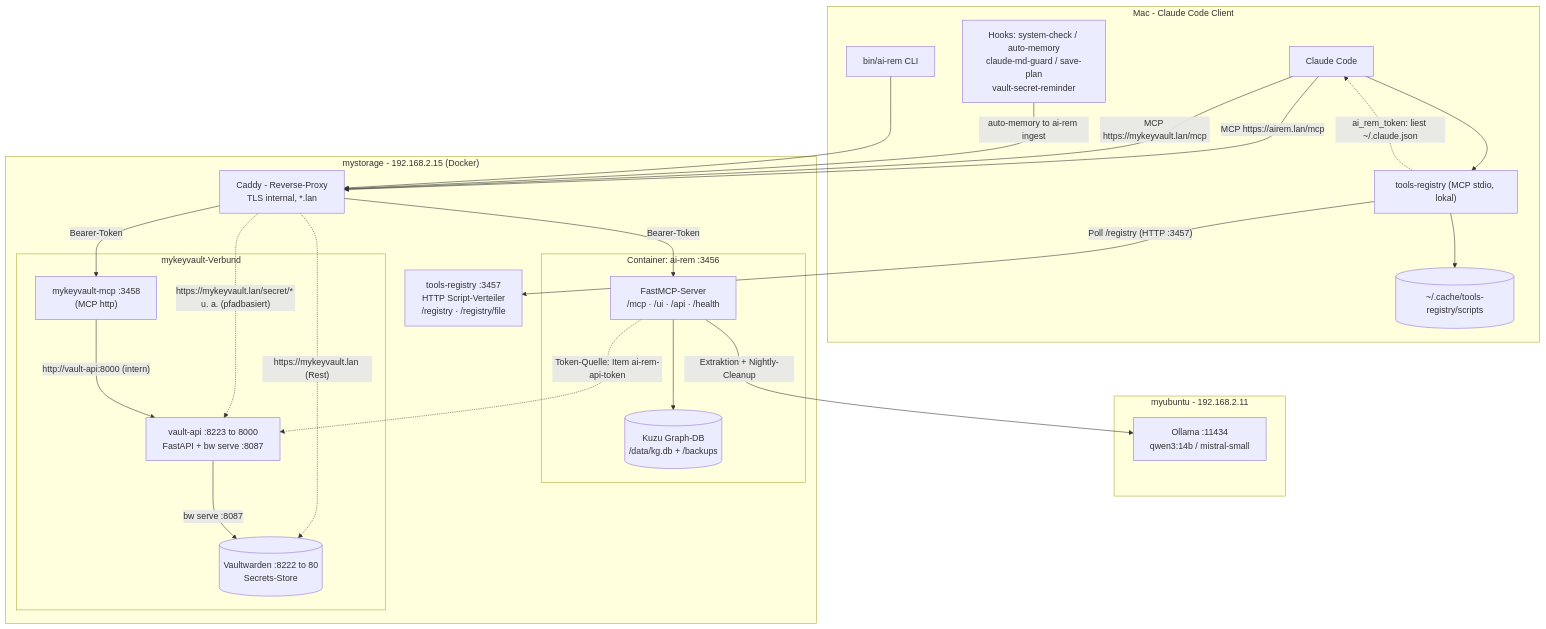
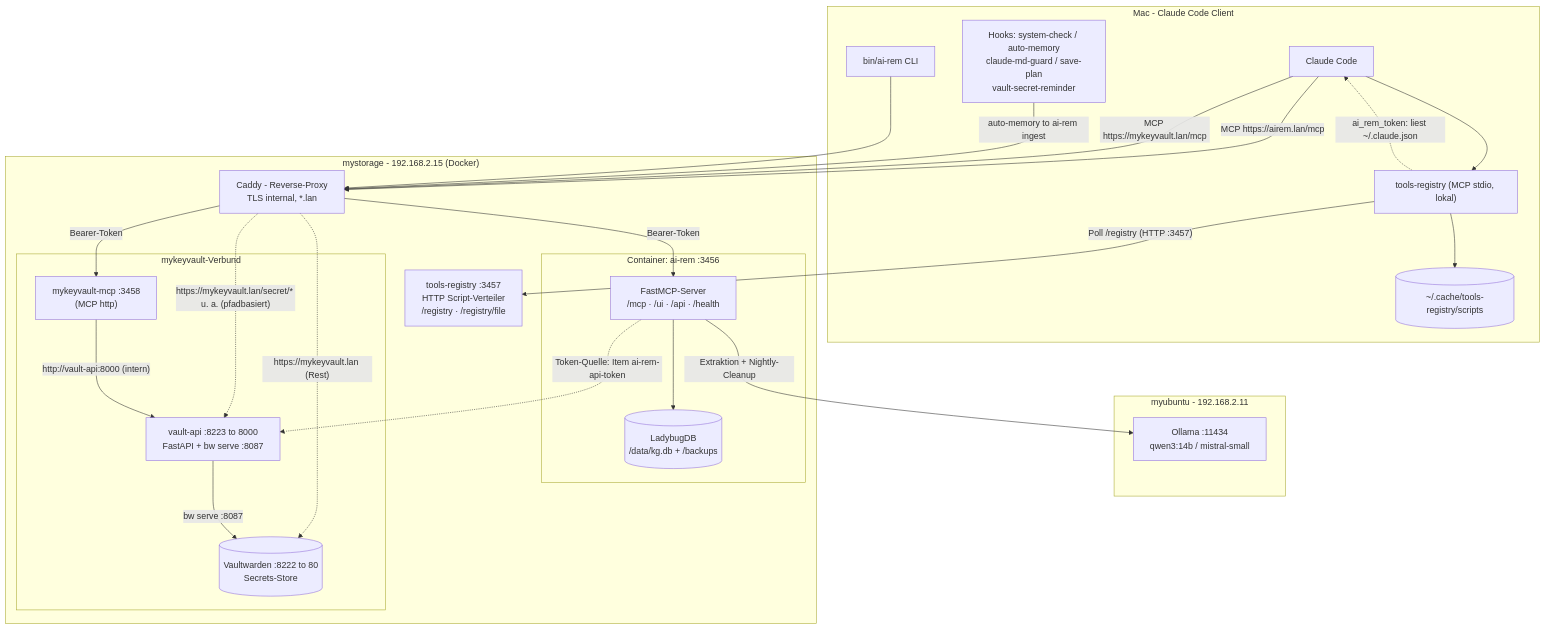
One commit to markus7h/ai-rem changed the diagram in docs/architecture-diagram.mmd. Above: the diagram before and after it, drawn with Mermaid. The commit also changed 29 other files, not shown here.

First line of the commit message:
feat: LadybugDB 0.20.2 statt archiviertem Kuzu 0.11.3 (v0.9.0) (#123)

```diff
--- a/docs/architecture-diagram.mmd
+++ b/docs/architecture-diagram.mmd
@@ -1,53 +1,53 @@
 flowchart TB
   subgraph MAC["Mac - Claude Code Client"]
     CC["Claude Code"]
     HOOKS["Hooks: system-check / auto-memory<br/>claude-md-guard / save-plan<br/>vault-secret-reminder"]
     CLI["bin/ai-rem CLI"]
     TMCP["tools-registry (MCP stdio, lokal)"]
     CACHE[("~/.cache/tools-registry/scripts")]
   end
 
   subgraph UBU["myubuntu - 192.168.2.11"]
     OLLAMA["Ollama :11434<br/>qwen3:14b / mistral-small"]
   end
 
   subgraph STORAGE["mystorage - 192.168.2.15 (Docker)"]
     CADDY["Caddy - Reverse-Proxy<br/>TLS internal, *.lan"]
     subgraph AIREM_C["Container: ai-rem :3456"]
       AIREM["FastMCP-Server<br/>/mcp · /ui · /api · /health"]
-      KUZU[("Kuzu Graph-DB<br/>/data/kg.db + /backups")]
+      LADYBUG[("LadybugDB<br/>/data/kg.db + /backups")]
     end
     subgraph KV["mykeyvault-Verbund"]
       KVMCP["mykeyvault-mcp :3458<br/>(MCP http)"]
       VAPI["vault-api :8223 to 8000<br/>FastAPI + bw serve :8087"]
       VW[("Vaultwarden :8222 to 80<br/>Secrets-Store")]
     end
     REG["tools-registry :3457<br/>HTTP Script-Verteiler<br/>/registry · /registry/file"]
   end
 
   %% MCP-Kanaele (Bearer-Token ai-rem-api-token)
   CC -- "MCP https://airem.lan/mcp" --> CADDY
   CC -- "MCP https://mykeyvault.lan/mcp" --> CADDY
   CADDY -- "Bearer-Token" --> AIREM
   CADDY -- "Bearer-Token" --> KVMCP
   CADDY -. "https://mykeyvault.lan/secret/* u. a. (pfadbasiert)" .-> VAPI
   CADDY -. "https://mykeyvault.lan (Rest)" .-> VW
 
   %% tools-registry lokal
   CC --> TMCP
   TMCP -- "Poll /registry (HTTP :3457)" --> REG
   TMCP --> CACHE
   TMCP -. "ai_rem_token: liest ~/.claude.json" .-> CC
 
   %% Hooks und CLI
   HOOKS -- "auto-memory to ai-rem ingest" --> CADDY
   CLI --> CADDY
 
   %% ai-rem Abhaengigkeiten
-  AIREM --> KUZU
+  AIREM --> LADYBUG
   AIREM -- "Extraktion + Nightly-Cleanup" --> OLLAMA
 
   %% Secrets-Fluss
   KVMCP -- "http://vault-api:8000 (intern)" --> VAPI
   VAPI -- "bw serve :8087" --> VW
   AIREM -. "Token-Quelle: Item ai-rem-api-token" .-> VAPI
```
